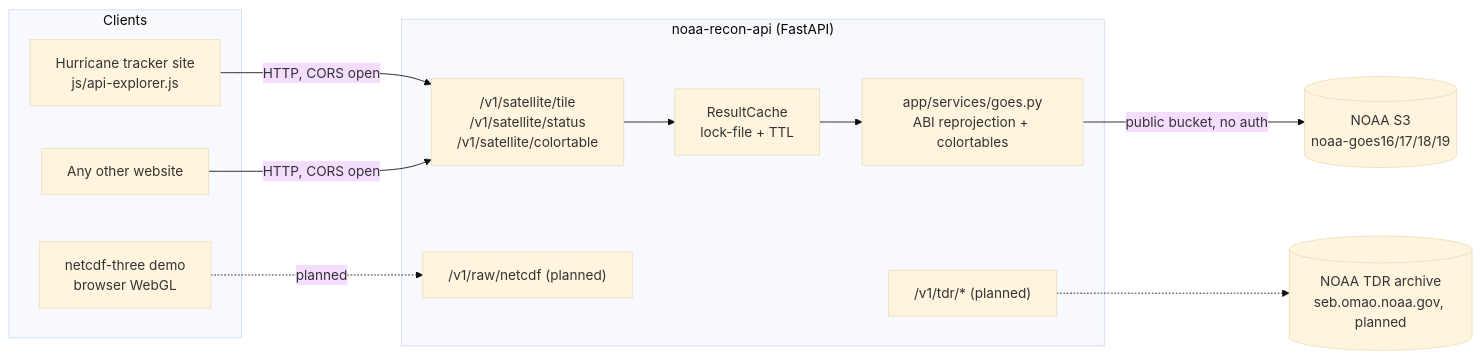
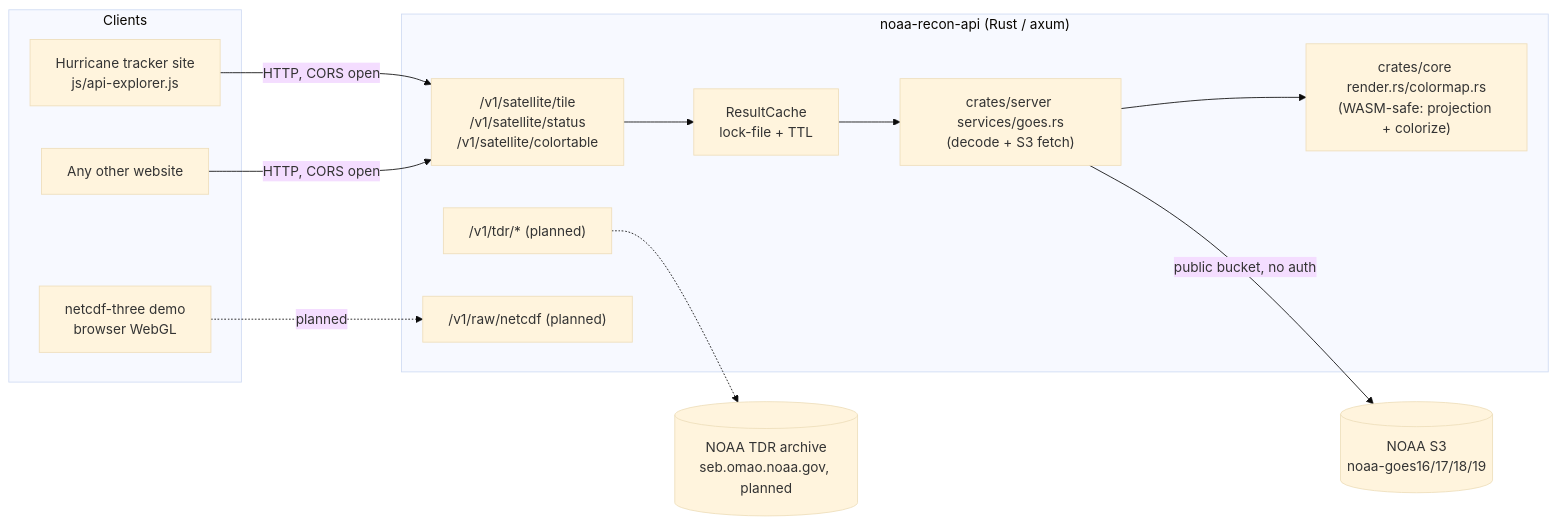
One commit to jjmurdock19/noaa-recon-api changed the first of 2 diagrams in README.md. Above: the diagram before and after it, drawn with Mermaid (base theme). The commit also changed other lines of this file and 74 other files, not shown here.

````diff
--- a/README.md
+++ b/README.md
@@ -348,26 +397,28 @@
 ```mermaid
 flowchart LR
     subgraph Clients
         A[Hurricane tracker site<br/>js/api-explorer.js]
         B[Any other website]
         C[netcdf-three demo<br/>browser WebGL]
     end
 
-    subgraph "noaa-recon-api (FastAPI)"
+    subgraph "noaa-recon-api (Rust / axum)"
         D["/v1/satellite/tile<br/>/v1/satellite/status<br/>/v1/satellite/colortable"]
         E["/v1/tdr/* (planned)"]
         F["/v1/raw/netcdf (planned)"]
         G[ResultCache<br/>lock-file + TTL]
-        H[app/services/goes.py<br/>ABI reprojection + colortables]
+        H["crates/server services/goes.rs<br/>(decode + S3 fetch)"]
+        K["crates/core render.rs/colormap.rs<br/>(WASM-safe: projection + colorize)"]
     end
 
     I[(NOAA S3<br/>noaa-goes16/17/18/19)]
     J[(NOAA TDR archive<br/>seb.omao.noaa.gov, planned)]
 
     A & B -->|HTTP, CORS open| D
     C -.->|planned| F
     D --> G
     G --> H
+    H --> K
     H -->|public bucket, no auth| I
     E -.-> J
 ```
````
